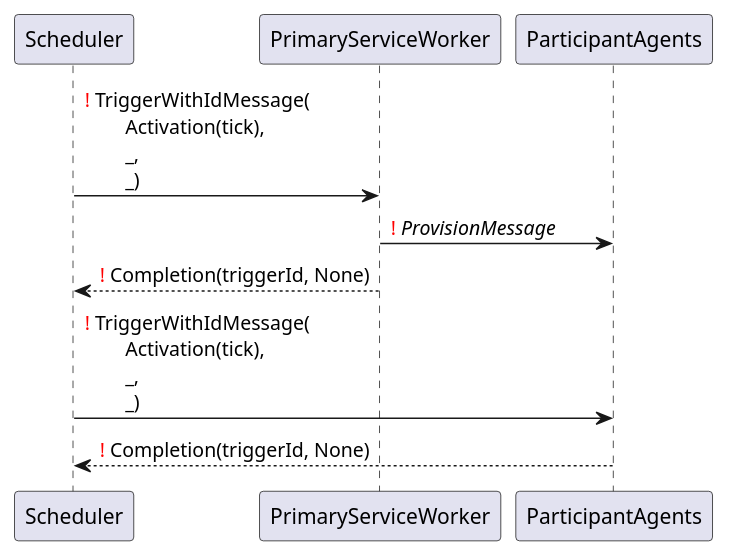
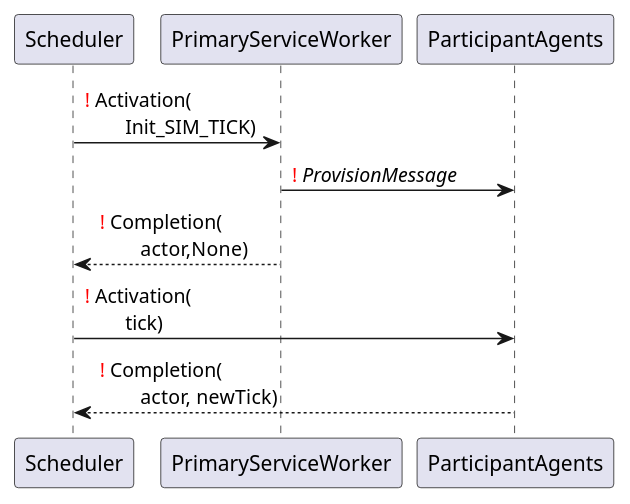
One commit to ie3-institute/simona changed the diagram in docs/uml/protocol/ParticipantTriggeredByPrimaryData.puml. Above: the diagram before and after it, drawn with PlantUML. The commit also changed 1 other file, not shown here.

Commit message:
Remove TriggerWithIDMessage() and triggerIDs from Completion

```diff
--- a/docs/uml/protocol/ParticipantTriggeredByPrimaryData.puml
+++ b/docs/uml/protocol/ParticipantTriggeredByPrimaryData.puml
@@ -1,7 +1,7 @@
 @startuml
-Scheduler -> PrimaryServiceWorker: <font color=red>!</font> TriggerWithIdMessage(\n\tActivation(tick),\n\t_,\n\t_)
+Scheduler -> PrimaryServiceWorker: <font color=red>!</font> Activation(\n\tInit_SIM_TICK)
 PrimaryServiceWorker -> ParticipantAgents: <font color=red>!</font> <i>ProvisionMessage</i>
-PrimaryServiceWorker --> Scheduler: <font color=red>!</font> Completion(triggerId, None)
-Scheduler -> ParticipantAgents: <font color=red>!</font> TriggerWithIdMessage(\n\tActivation(tick),\n\t_,\n\t_)
-ParticipantAgents --> Scheduler: <font color=red>!</font> Completion(triggerId, None)
+PrimaryServiceWorker --> Scheduler: <font color=red>!</font> Completion(\n\tactor,None)
+Scheduler -> ParticipantAgents: <font color=red>!</font> Activation(\n\ttick)
+ParticipantAgents --> Scheduler: <font color=red>!</font> Completion(\n\tactor, newTick)
 @enduml
```
